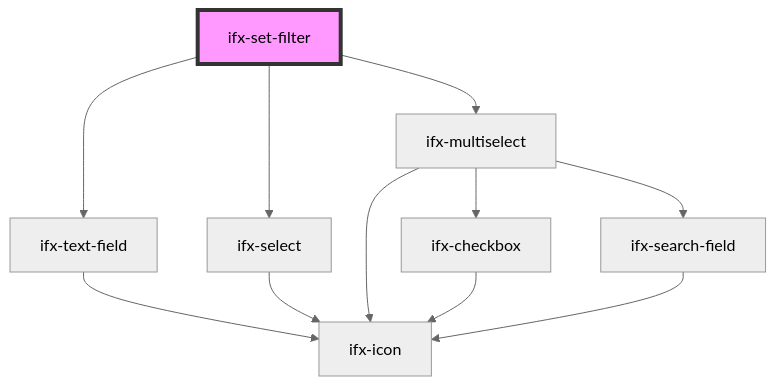
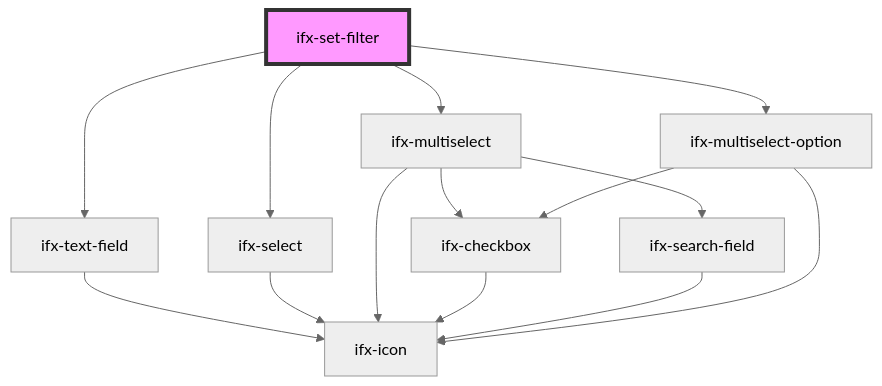
One commit to Infineon/infineon-design-system-stencil changed the diagram in packages/components/src/components/table-advanced-version/set-filter/readme.md. Above: the diagram before and after it, drawn with Mermaid (neutral theme). The commit also changed other lines of this file and 5 other files, not shown here.

````diff
--- a/packages/components/src/components/table-advanced-version/set-filter/readme.md
+++ b/packages/components/src/components/table-advanced-version/set-filter/readme.md
@@ -35,14 +36,17 @@
 ```mermaid
 graph TD;
   ifx-set-filter --> ifx-text-field
   ifx-set-filter --> ifx-select
   ifx-set-filter --> ifx-multiselect
+  ifx-set-filter --> ifx-multiselect-option
   ifx-text-field --> ifx-icon
   ifx-select --> ifx-icon
   ifx-multiselect --> ifx-checkbox
   ifx-multiselect --> ifx-search-field
   ifx-multiselect --> ifx-icon
   ifx-checkbox --> ifx-icon
   ifx-search-field --> ifx-icon
+  ifx-multiselect-option --> ifx-icon
+  ifx-multiselect-option --> ifx-checkbox
   style ifx-set-filter fill:#f9f,stroke:#333,stroke-width:4px
 ```
````
